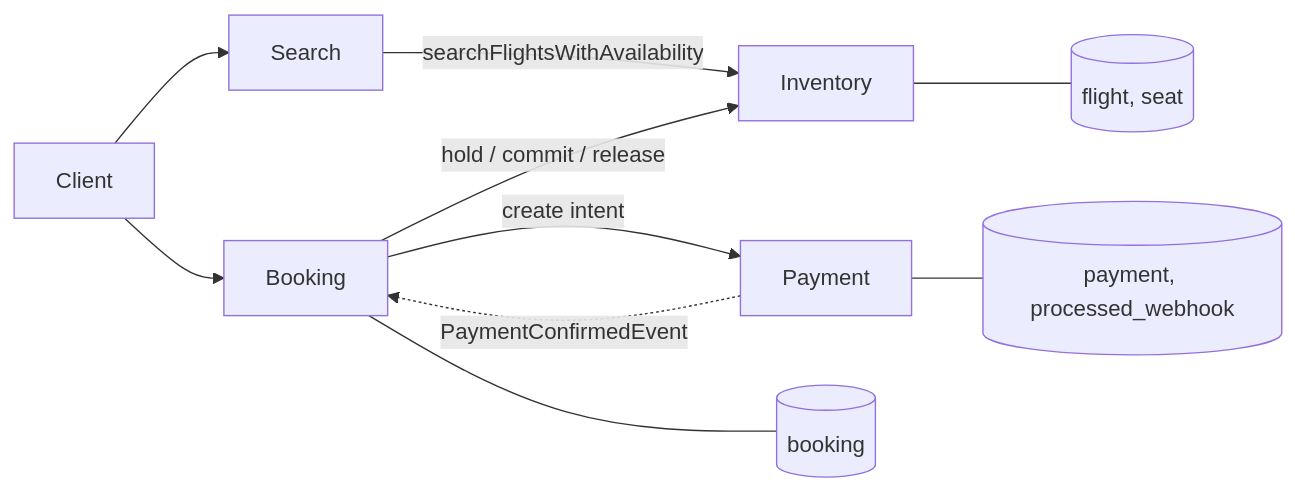
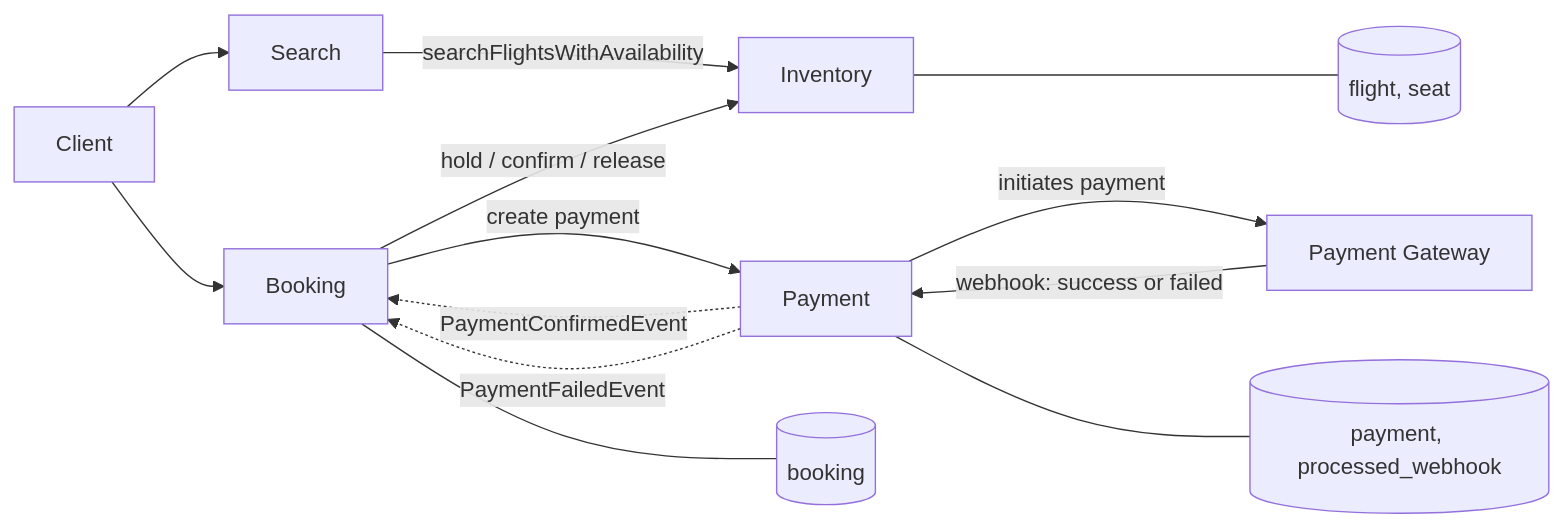
One commit to ayushmcodes/flightSystem changed the first of 3 diagrams in main/design.md. Above: the diagram before and after it, drawn with Mermaid. The commit also changed other lines of this file and 1 other file, not shown here.

````diff
--- a/main/design.md
+++ b/main/design.md
@@ -27,12 +27,15 @@
 ```mermaid
 flowchart LR
   C[Client] --> B[Booking]
   C --> S[Search]
   S -->|searchFlightsWithAvailability| I[Inventory]
-  B -->|hold / commit / release| I
-  B -->|create intent| P[Payment]
-  P -.PaymentConfirmedEvent.-> B
+  B -->|hold / confirm / release| I
+  B -->|create payment| P[Payment]
+  P -->|initiates payment| GW[Payment Gateway]
+  GW -->|webhook: success or failed| P
+  P -.->|PaymentConfirmedEvent| B
+  P -.->|PaymentFailedEvent| B
   I --- DBI[(flight, seat)]
   B --- DBB[(booking)]
   P --- DBP[(payment, processed_webhook)]
 ```
````
